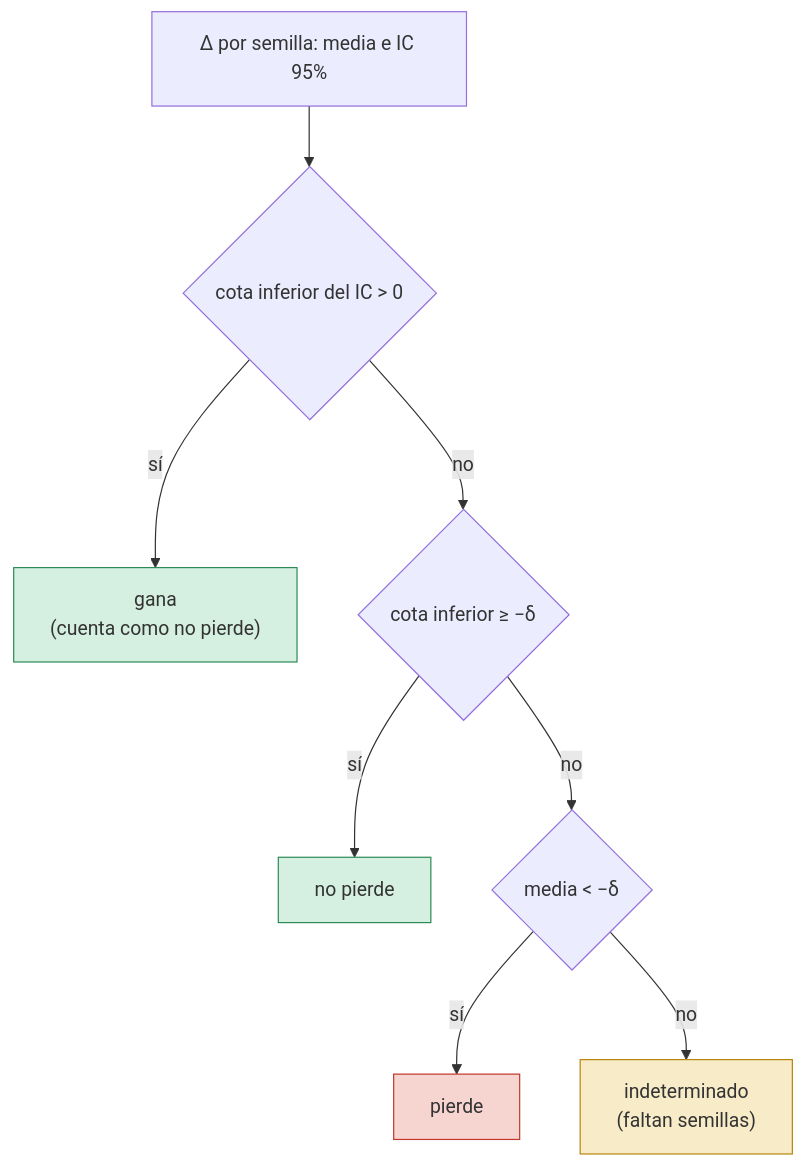
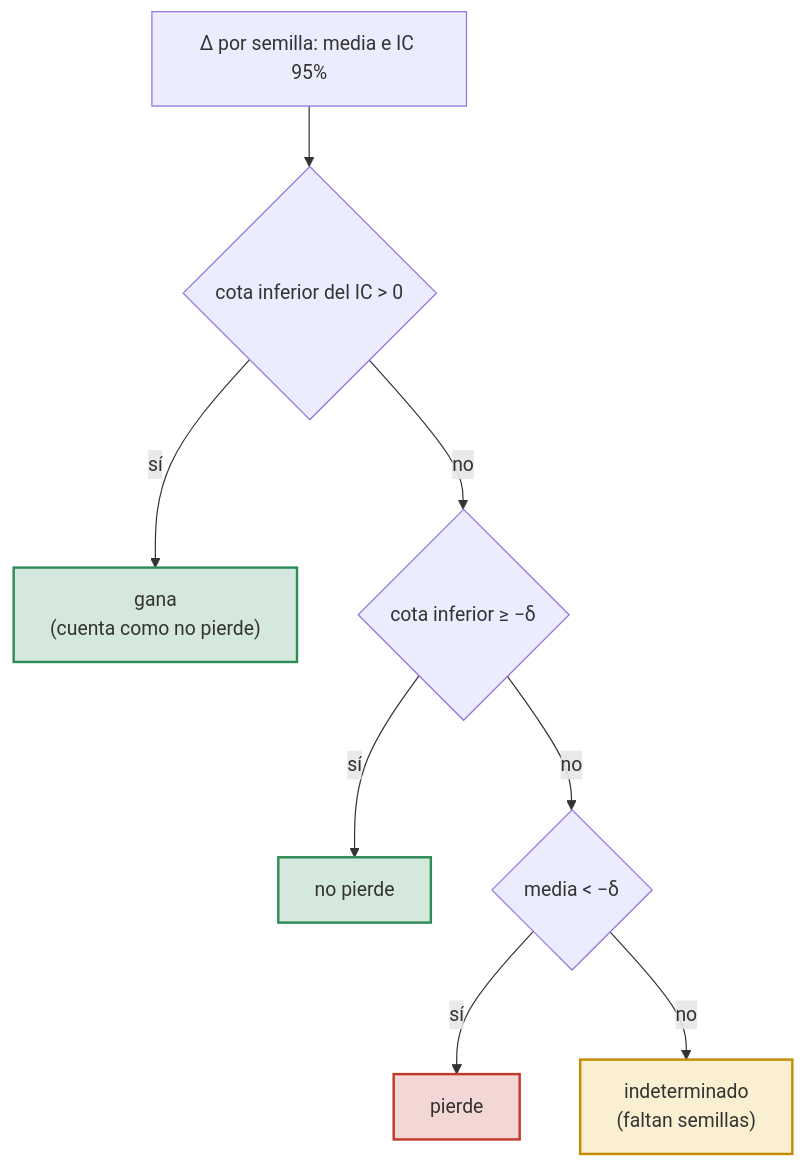
The diagram in experimentos/control/README.md (agustinarazanov/dmeyf-experimento-sampling), drawn with Mermaid before and after one commit. The commit also changed other lines of this file and 12 other files, not shown here.

````diff
--- a/experimentos/control/README.md
+++ b/experimentos/control/README.md
@@ -94,14 +90,14 @@
 ```mermaid
 flowchart TD
   A["Δ por semilla: media e IC 95%"] --> B{"cota inferior del IC > 0"}
   B -- sí --> G["gana<br/>(cuenta como no pierde)"]
   B -- no --> C{"cota inferior ≥ −δ"}
   C -- sí --> N["no pierde"]
   C -- no --> D{"media < −δ"}
   D -- sí --> P["pierde"]
   D -- no --> I["indeterminado<br/>(faltan semillas)"]
-  style G fill:#d5f0e0,stroke:#2e8b57
-  style N fill:#d5f0e0,stroke:#2e8b57
-  style P fill:#f6d5d1,stroke:#c0392b
-  style I fill:#f7ebc8,stroke:#b8860b
+  style G fill:#2e8b5733,stroke:#2e8b57,stroke-width:2px
+  style N fill:#2e8b5733,stroke:#2e8b57,stroke-width:2px
+  style P fill:#c0392b33,stroke:#c0392b,stroke-width:2px
+  style I fill:#e0a8002e,stroke:#c48a00,stroke-width:2px
 ```
````
